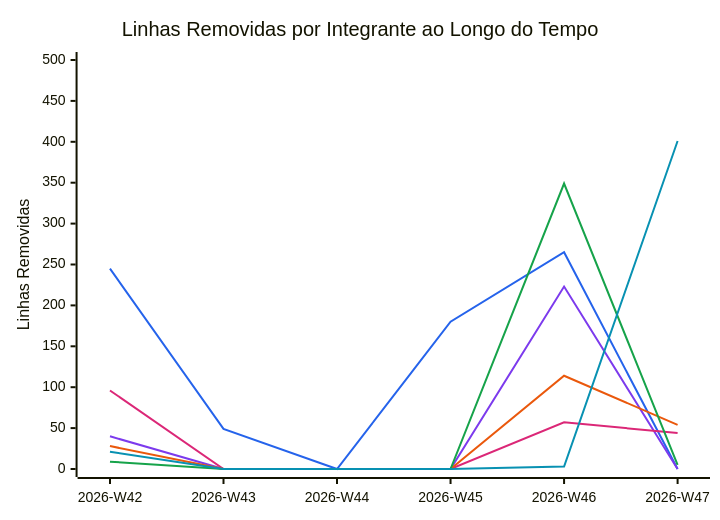
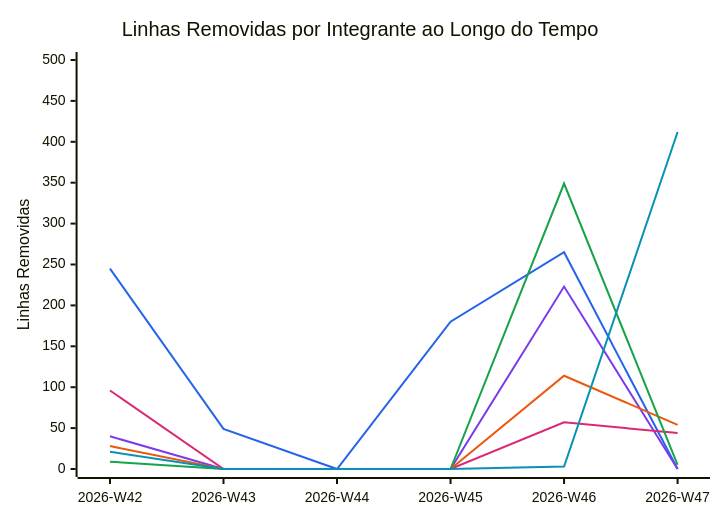
The diagram in snippets/code-deletions.mmd (FCTE-Qualidade-de-Software-1/2026-2_T02_KAY_MCNULTY), drawn with Mermaid before and after one commit. The commit also changed 3 other files, not shown here.

```diff
--- a/snippets/code-deletions.mmd
+++ b/snippets/code-deletions.mmd
@@ -1,11 +1,11 @@
 %%{init: {"themeVariables": {"xyChart": {"plotColorPalette": "#2563eb, #7c3aed, #db2777, #ea580c, #16a34a, #0891b2"}}}}%%
 xychart-beta
     title "Linhas Removidas por Integrante ao Longo do Tempo"
     x-axis ["2026-W42", "2026-W43", "2026-W44", "2026-W45", "2026-W46", "2026-W47"]
     y-axis "Linhas Removidas" 0 --> 500
     line [245, 49, 0, 180, 265, 0]
     line [40, 0, 0, 0, 223, 0]
     line [96, 0, 0, 0, 57, 44]
     line [28, 0, 0, 0, 114, 54]
     line [9, 0, 0, 0, 349, 5]
-    line [21, 0, 0, 0, 3, 401]
+    line [21, 0, 0, 0, 3, 412]
```
